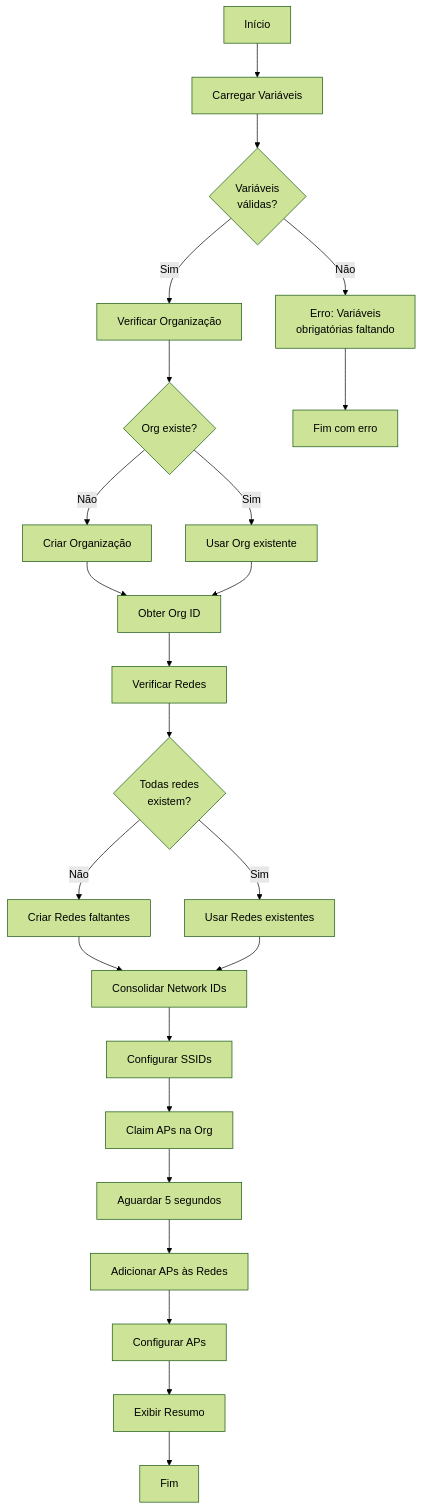
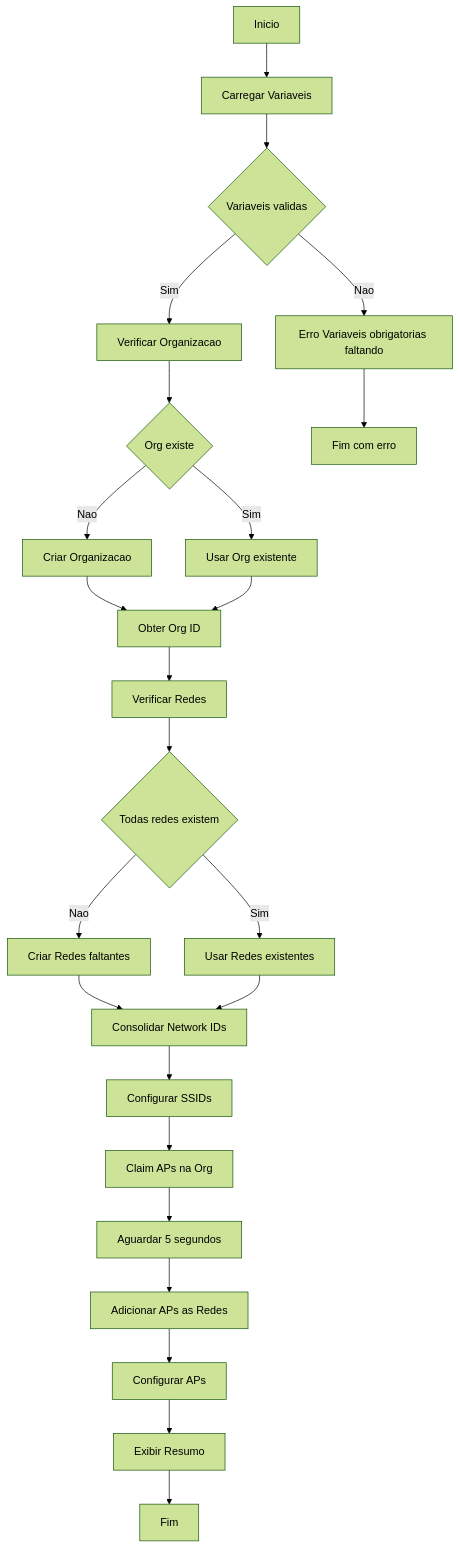
One commit to rodrigo-freitas-com/meraki-ansible changed the sixth of 13 diagrams in docs/system-modeling.md. Above: the diagram before and after it, drawn with Mermaid (forest theme). The commit also changed other lines of this file, not shown here.

````diff
--- a/docs/system-modeling.md
+++ b/docs/system-modeling.md
@@ -227,34 +227,34 @@
 ```mermaid
 flowchart TD
-    A[Início] --> B[Carregar Variáveis]
-    B --> C{Variáveis<br/>válidas?}
+    A[Inicio] --> B[Carregar Variaveis]
+    B --> C{Variaveis validas}
 
-    C -->|Não| D[Erro: Variáveis<br/>obrigatórias faltando]
-    C -->|Sim| E[Verificar Organização]
+    C -->|Nao| D[Erro Variaveis obrigatorias faltando]
+    C -->|Sim| E[Verificar Organizacao]
 
-    E --> F{Org existe?}
-    F -->|Não| G[Criar Organização]
+    E --> F{Org existe}
+    F -->|Nao| G[Criar Organizacao]
     F -->|Sim| H[Usar Org existente]
 
     G --> I[Obter Org ID]
     H --> I
 
     I --> J[Verificar Redes]
-    J --> K{Todas redes<br/>existem?}
+    J --> K{Todas redes existem}
 
-    K -->|Não| L[Criar Redes faltantes]
+    K -->|Nao| L[Criar Redes faltantes]
     K -->|Sim| M[Usar Redes existentes]
 
     L --> N[Consolidar Network IDs]
     M --> N
 
     N --> O[Configurar SSIDs]
     O --> P[Claim APs na Org]
     P --> Q[Aguardar 5 segundos]
-    Q --> R[Adicionar APs às Redes]
+    Q --> R[Adicionar APs as Redes]
     R --> S[Configurar APs]
     S --> T[Exibir Resumo]
     T --> U[Fim]
 
     D --> V[Fim com erro]
 ```
````
